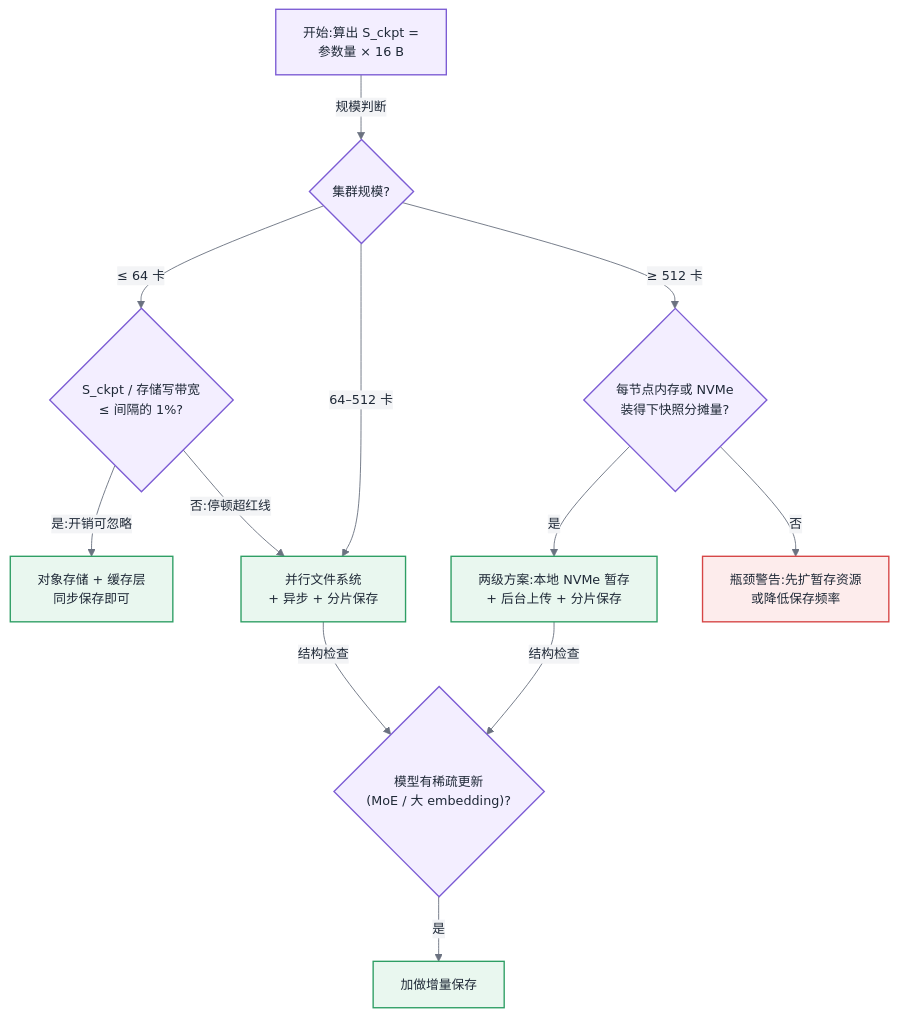
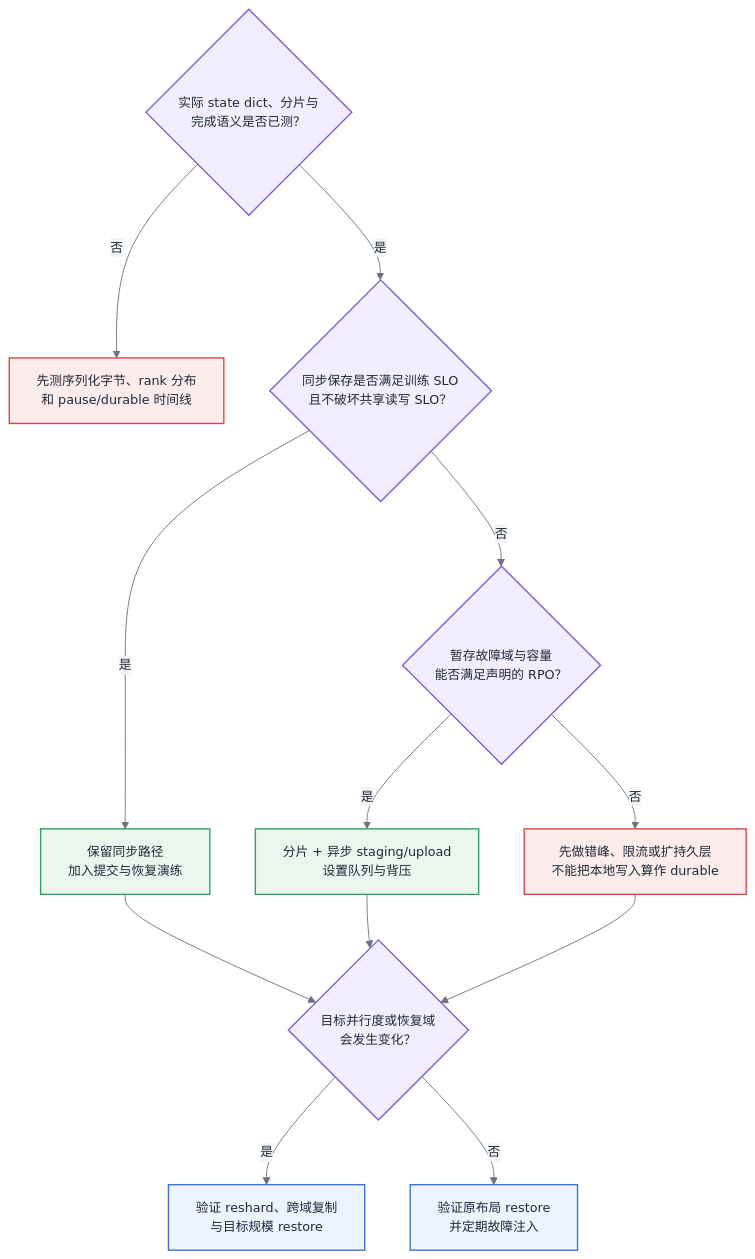
Before and after one commit to cdavid817/AI-Infra: the diagram in 第三部分-数据底座/第14章-存储与Checkpoint-IO.md, drawn with Mermaid. The commit also changed other lines of this file and 117 other files, not shown here.

````diff
--- a/第三部分-数据底座/第14章-存储与Checkpoint-IO.md
+++ b/第三部分-数据底座/第14章-存储与Checkpoint-IO.md
@@ -157,32 +165,35 @@
 ```mermaid
 %%{init: {'theme':'base','themeVariables':{
   'primaryColor':'#EEF4FF','primaryBorderColor':'#3B6FD4','primaryTextColor':'#1F2937',
   'secondaryColor':'#F3F4F6','tertiaryColor':'#FFFFFF',
   'lineColor':'#6B7280','fontFamily':'-apple-system, Segoe UI, Helvetica, Arial, sans-serif','fontSize':'14px'
 }}}%%
 flowchart TB
-  S[开始:算出 S_ckpt =<br/>参数量 × 16 B]:::control
-  Q1{集群规模?}:::control
-  Q2{"S_ckpt / 存储写带宽<br/>≤ 间隔的 1%?"}:::control
-  Q3{"每节点内存或 NVMe<br/>装得下快照分摊量?"}:::control
-  Q4{"模型有稀疏更新<br/>(MoE / 大 embedding)?"}:::control
-  A1["对象存储 + 缓存层<br/>同步保存即可"]:::storage
-  A2["并行文件系统<br/>+ 异步 + 分片保存"]:::storage
-  A3["两级方案:本地 NVMe 暂存<br/>+ 后台上传 + 分片保存"]:::storage
-  A4[加做增量保存]:::storage
-  W["瓶颈警告:先扩暂存资源<br/>或降低保存频率"]:::risk
-  S -->|"规模判断"| Q1
-  Q1 -->|"≤ 64 卡"| Q2
-  Q1 -->|"64–512 卡"| A2
-  Q1 -->|"≥ 512 卡"| Q3
-  Q2 -->|"是:开销可忽略"| A1
-  Q2 -->|"否:停顿超红线"| A2
-  Q3 -->|"是"| A3
-  Q3 -->|"否"| W
-  A2 -->|"结构检查"| Q4
-  A3 -->|"结构检查"| Q4
-  Q4 -->|"是"| A4
-  classDef control fill:#F3EEFF,stroke:#7C5CD4,stroke-width:1.5px,color:#1F2937
-  classDef storage fill:#E9F7EF,stroke:#2E9E64,stroke-width:1.5px,color:#1F2937
-  classDef risk fill:#FDECEC,stroke:#D64545,stroke-width:1.5px,color:#1F2937
+  classDef assess fill:#F3EEFF,stroke:#7C5CD4,stroke-width:1.5px,color:#1F2937
+  classDef action fill:#E9F7EF,stroke:#2E9E64,stroke-width:1.5px,color:#1F2937
+  classDef warn fill:#FDECEC,stroke:#D64545,stroke-width:1.5px,color:#1F2937
+  classDef evidence fill:#EEF4FF,stroke:#3B6FD4,stroke-width:1.5px,color:#1F2937
+
+  Q0{"实际 state dict、分片与<br/>完成语义是否已测？"}:::assess
+  M0["先测序列化字节、rank 分布<br/>和 pause/durable 时间线"]:::warn
+  Q1{"同步保存是否满足训练 SLO<br/>且不破坏共享读写 SLO？"}:::assess
+  S1["保留同步路径<br/>加入提交与恢复演练"]:::action
+  Q2{"暂存故障域与容量<br/>能否满足声明的 RPO？"}:::assess
+  S2["分片 + 异步 staging/upload<br/>设置队列与背压"]:::action
+  S3["先做错峰、限流或扩持久层<br/>不能把本地写入算作 durable"]:::warn
+  Q3{"目标并行度或恢复域<br/>会发生变化？"}:::assess
+  S4["验证 reshard、跨域复制<br/>与目标规模 restore"]:::evidence
+  S5["验证原布局 restore<br/>并定期故障注入"]:::evidence
+
+  Q0 -->|否| M0
+  Q0 -->|是| Q1
+  Q1 -->|是| S1
+  Q1 -->|否| Q2
+  Q2 -->|是| S2
+  Q2 -->|否| S3
+  S1 --> Q3
+  S2 --> Q3
+  S3 --> Q3
+  Q3 -->|是| S4
+  Q3 -->|否| S5
 ```
````
